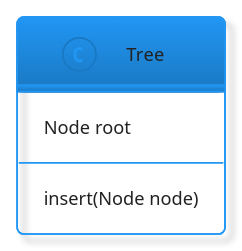
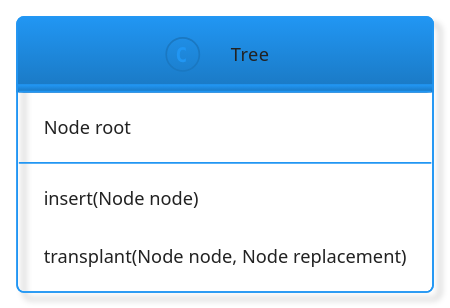
Before and after one commit to necromuralist/Bowling-For-Data: the diagram in posts/binary-search-tree-node-insertion.org, drawn with PlantUML. The commit also changed other lines of this file and 2 other files, not shown here.

Commit message:
Added "transplant" method to the tree to replace sub-trees

```diff
--- a/posts/binary-search-tree-node-insertion.org
+++ b/posts/binary-search-tree-node-insertion.org
@@ -32,8 +34,9 @@
 #+begin_src plantuml :file ../files/posts/binary-search-tree-node-insertion/tree.png :exports none
 !theme materia-outline
 
 class Tree {
  Node root
  insert(Node node)
+ transplant(Node node, Node replacement)
 }
 #+end_src
```
